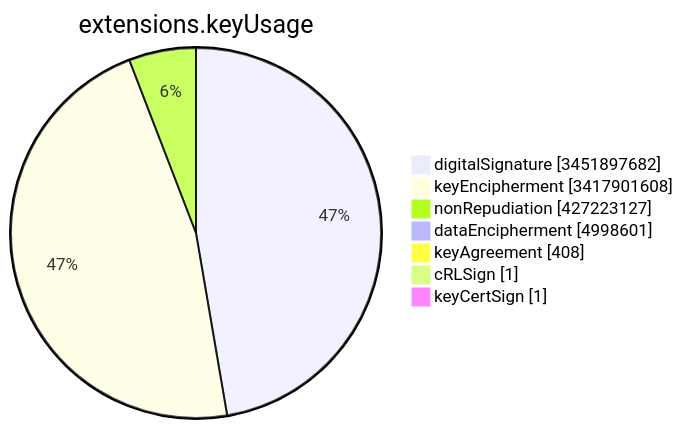
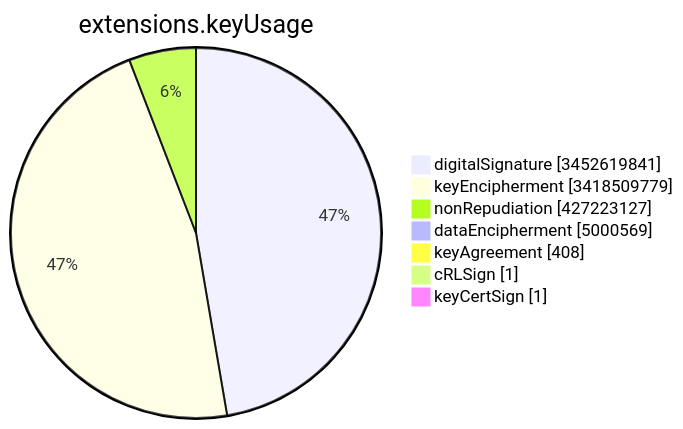
Before and after one commit to christiankrug/ctmonitor_visualization: the sixth of 15 diagrams in TOTAL/README.md, drawn with Mermaid. The commit also changed other lines of this file, not shown here.

````diff
--- a/TOTAL/README.md
+++ b/TOTAL/README.md
@@ -3082,11 +3082,11 @@
 ```mermaid
 pie showData
 title extensions.keyUsage
-"digitalSignature" :3451897682
-"keyEncipherment" :3417901608
+"digitalSignature" :3452619841
+"keyEncipherment" :3418509779
 "nonRepudiation" :427223127
-"dataEncipherment" :4998601
+"dataEncipherment" :5000569
 "keyAgreement" :408
 "cRLSign" :1
 "keyCertSign" :1
 ```
````
